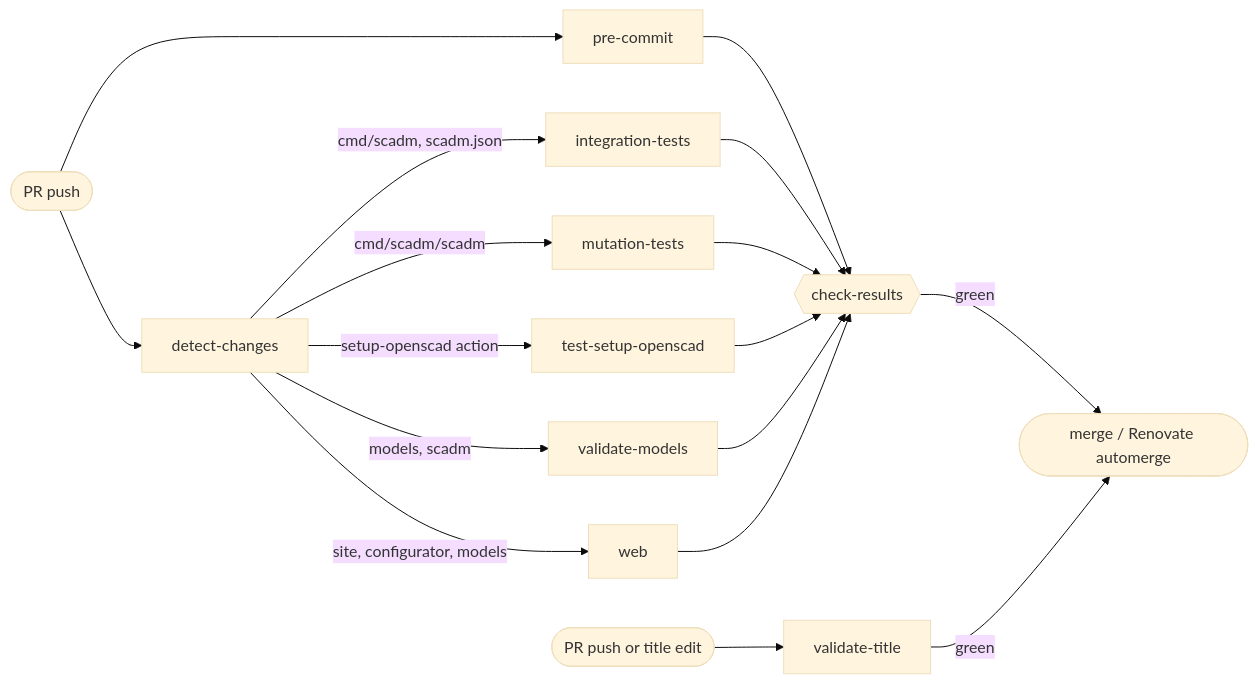
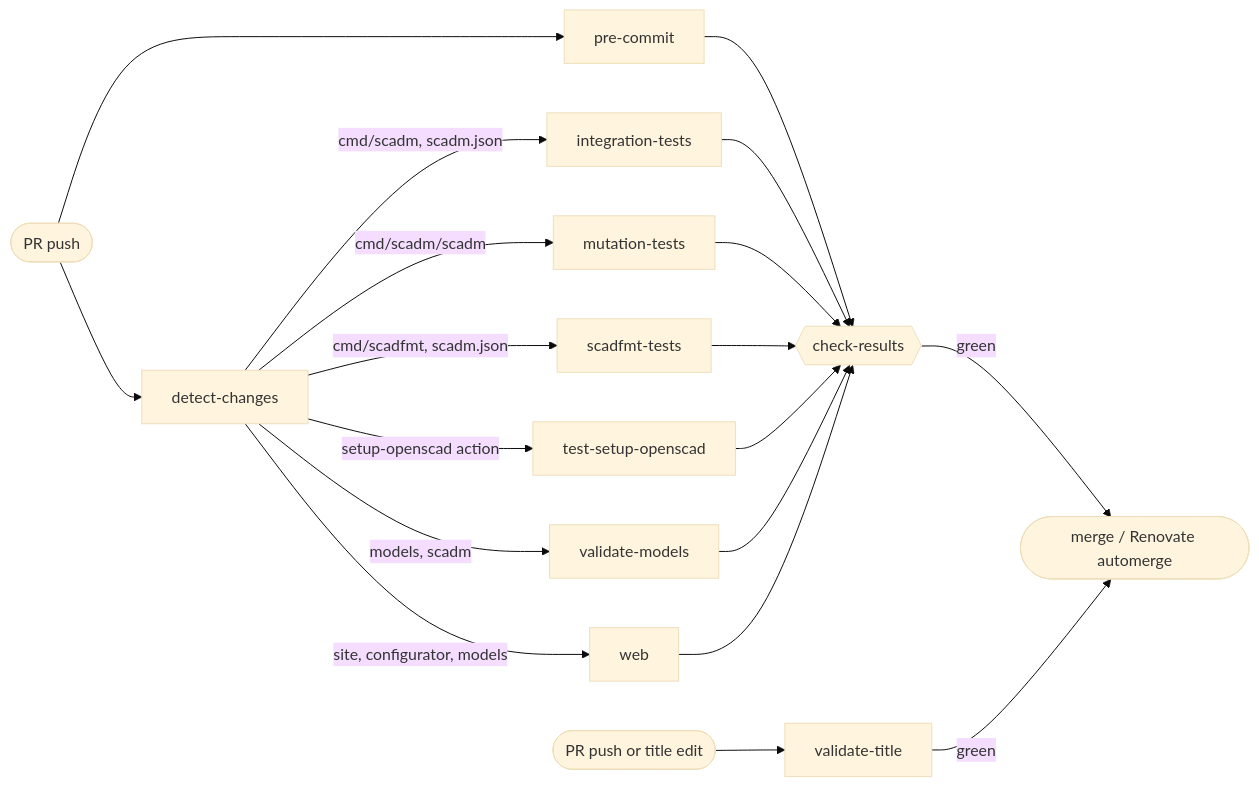
One commit to kellerlabs/homeracker changed the diagram in .github/workflows/README.md. Above: the diagram before and after it, drawn with Mermaid (base theme). The commit also changed other lines of this file and 34 other files, not shown here.

````diff
--- a/.github/workflows/README.md
+++ b/.github/workflows/README.md
@@ -7,13 +7,14 @@
 ```mermaid
 flowchart LR
     pr([PR push]) --> dc[detect-changes]
     pr --> pc[pre-commit]
     dc -->|cmd/scadm, scadm.json| it[integration-tests]
     dc -->|cmd/scadm/scadm| mt[mutation-tests]
+    dc -->|cmd/scadfmt, scadm.json| sf[scadfmt-tests]
     dc -->|setup-openscad action| so[test-setup-openscad]
     dc -->|models, scadm| vm[validate-models]
     dc -->|site, configurator, models| web[web]
-    pc & it & mt & so & vm & web --> cr{{check-results}}
+    pc & it & mt & sf & so & vm & web --> cr{{check-results}}
     cr -->|green| merge([merge / Renovate automerge])
     pr2([PR push or title edit]) --> title[validate-title] -->|green| merge
 ```
````
